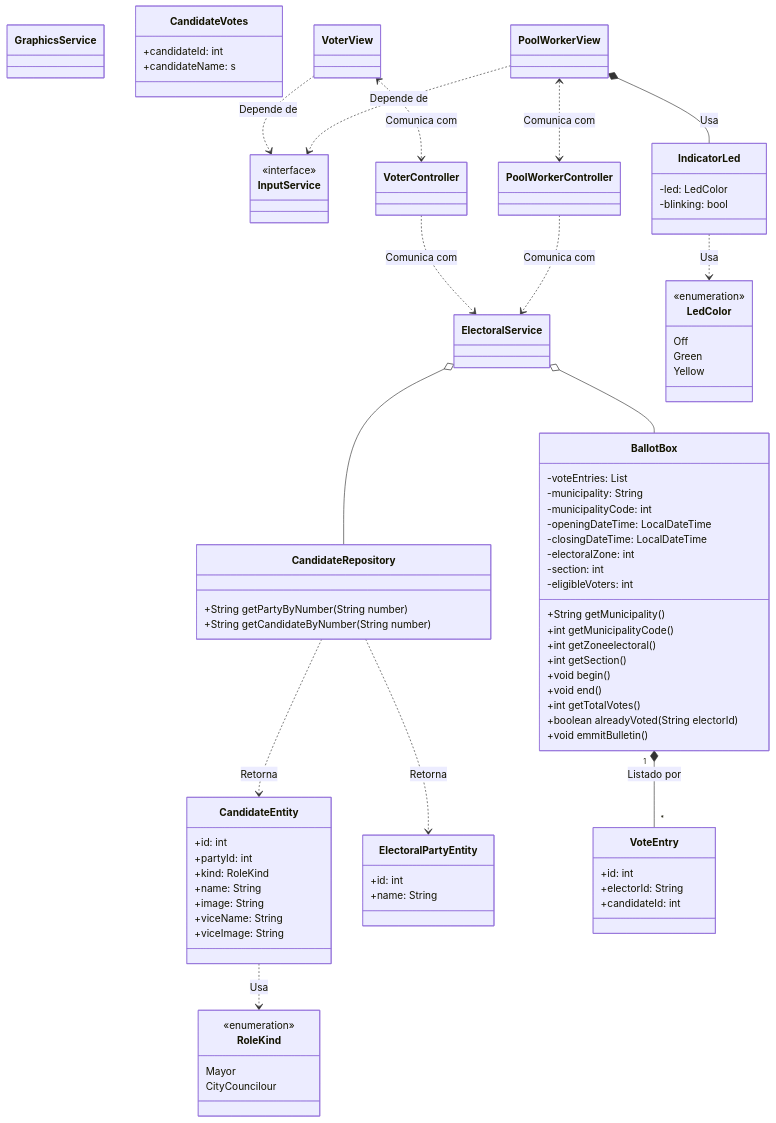
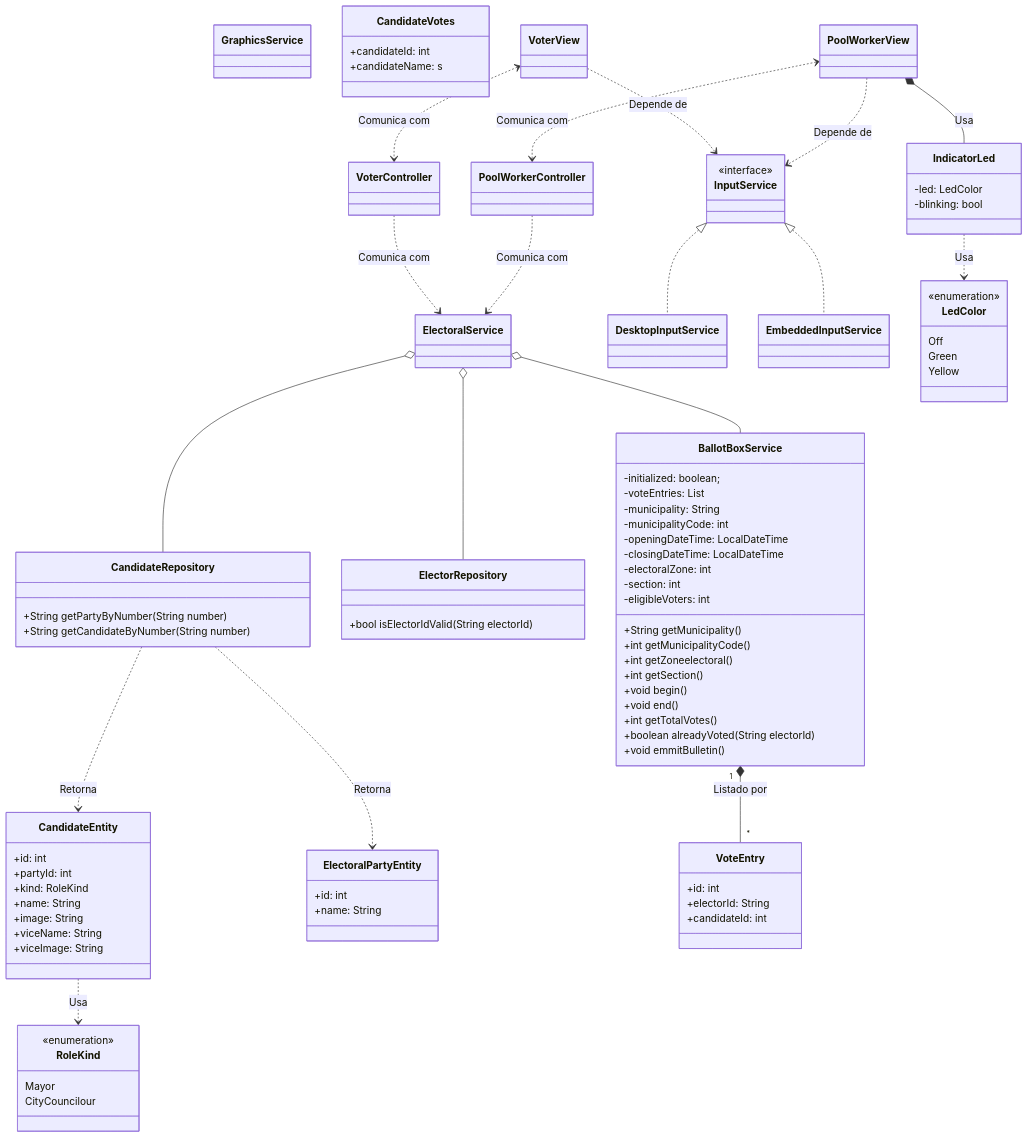
Before and after one commit to Augusto-Caique/urna-eletronica: the diagram in class-diagram.mermaid, drawn with Mermaid. The commit also changed 11 other files, not shown here.

```diff
--- a/class-diagram.mermaid
+++ b/class-diagram.mermaid
@@ -1,154 +1,160 @@
 classDiagram
 
 %% class Program {
 %%    +void main()$
 %% }
 
 class GraphicsService {
     
 }
 
 class ElectoralService {
 
 }
 
 class InputService <<interface>> {
 
 }
 
-%% class DesktopInputService {
+class DesktopInputService {
     %%Raspberry Pi
-%% }
+}
 
-%% class EmbeddedInputService {
+class EmbeddedInputService {
 
-%% }
+}
 
 class CandidateRepository {
     +String getPartyByNumber(String number)
     +String getCandidateByNumber(String number)
+}
+
+class ElectorRepository {
+    +bool isElectorIdValid(String electorId)
 }
 
 class CandidateEntity {
     %% TODO ver com nirton o encapsulamento das
     %% entidades do DB no java
     +id: int
     +partyId: int
     +kind: RoleKind
     +name: String
     +image: String
     +viceName: String
     +viceImage: String
 }
 
 class ElectoralPartyEntity {
     %% TODO ver com nirton o encapsulamento das
     %% entidades do DB no java
     +id: int
     +name: String
 }
 
 class VoteEntry {
     %% TODO ver com nirton o encapsulamento das
     %% entidades do DB no java
     +id: int
     +electorId: String
     +candidateId: int
 }
 
 class CandidateVotes {
     +candidateId: int
     +candidateName: s
 }
 
-class BallotBox {
+class BallotBoxService {
     %% municipality -> 5 digits
     %% UE -> 8 digits
 
+    -initialized: boolean;
     -voteEntries: List<VoteEntry>
     -municipality: String
     -municipalityCode: int 
     -openingDateTime: LocalDateTime
     -closingDateTime: LocalDateTime
     -electoralZone: int
     -section: int
     -eligibleVoters: int
     
     +String getMunicipality()
     +int getMunicipalityCode()
     +int getZoneelectoral()
     +int getSection()
 
     +void begin()
     +void end()
 
     +int getTotalVotes()
     +boolean alreadyVoted(String electorId)
 
     +void emmitBulletin()
 }
 
 class PoolWorkerView {
     
 }
 
 class PoolWorkerController {
 
 }
 
 class VoterView {
     
 }
 
 class VoterController {
 
 }
 
 class IndicatorLed {
     -led: LedColor
     -blinking: bool
 }
 
 class RoleKind <<enumeration>> {
     Mayor
     CityCouncilour
 }
 
 class LedColor <<enumeration>> {
     Off
     Green
     Yellow
 }
 
 
 %% Program *-- PoolWorkerView : Singleton
 %% Program *-- PoolWorkerController : Singleton
 %% Program *-- VoterView : Singleton
 %% Program *-- VoterController : Singleton
 %% Program *-- GraphicsService : Singleton
 %% Program *-- ElectoralService : Singleton
 %% Program *-- InputService : Singleton
 
 PoolWorkerView ..> InputService : Depende de
 VoterView ..> InputService : Depende de
 
 PoolWorkerView <..> PoolWorkerController : Comunica com
 VoterView <..> VoterController : Comunica com
 
 ElectoralService o-- CandidateRepository
-ElectoralService o-- BallotBox
+ElectoralService o-- ElectorRepository
+ElectoralService o-- BallotBoxService
 
-%% InputService <|.. DesktopInputService
-%% InputService <|.. EmbeddedInputService
+InputService <|.. DesktopInputService
+InputService <|.. EmbeddedInputService
 
-BallotBox "1" *-- "*" VoteEntry : Listado por
+BallotBoxService "1" *-- "*" VoteEntry : Listado por
 CandidateRepository ..> CandidateEntity : Retorna
 CandidateRepository ..> ElectoralPartyEntity : Retorna
 
 PoolWorkerController ..> ElectoralService : Comunica com
 VoterController ..> ElectoralService : Comunica com
 
 CandidateEntity ..> RoleKind : Usa
 IndicatorLed ..> LedColor : Usa
 
 PoolWorkerView *-- IndicatorLed : Usa
```
